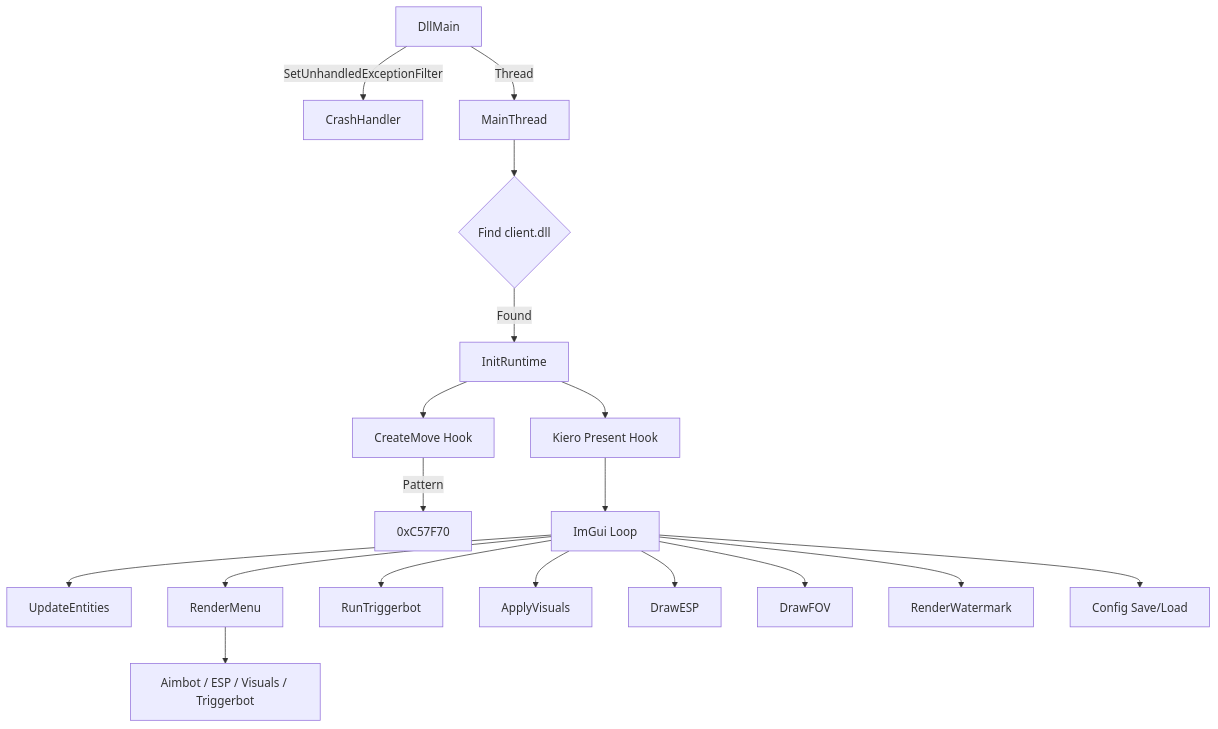
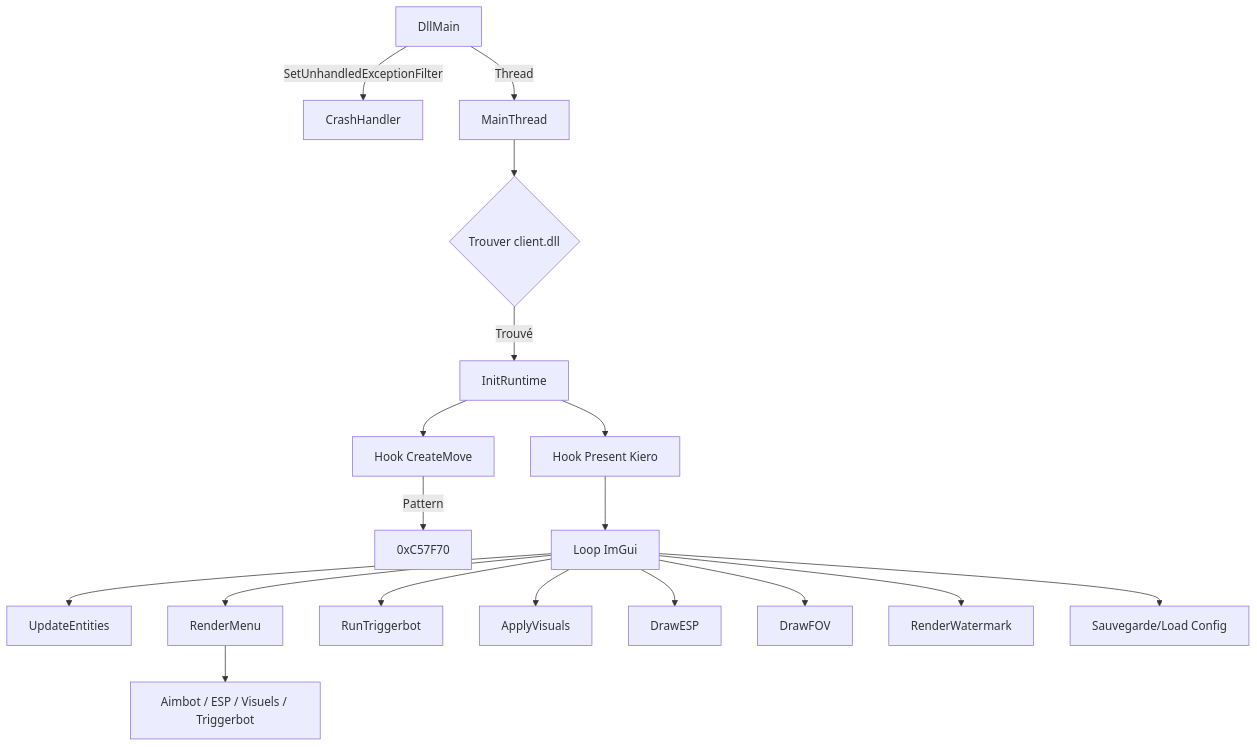
Before and after one commit to Code9914/cs2-internal: the first of 2 diagrams in README.md, drawn with Mermaid. The commit also changed other lines of this file, not shown here.

````diff
--- a/README.md
+++ b/README.md
@@ -14,20 +14,20 @@
 ```mermaid
 graph TD
     A[DllMain] -->|SetUnhandledExceptionFilter| B[CrashHandler]
     A -->|Thread| C[MainThread]
-    C --> D{Find client.dll}
-    D -->|Found| E[InitRuntime]
-    E --> F[Kiero Present Hook]
-    E --> G[CreateMove Hook]
+    C --> D{Trouver client.dll}
+    D -->|Trouvé| E[InitRuntime]
+    E --> F[Hook Present Kiero]
+    E --> G[Hook CreateMove]
     G -->|Pattern| H[0xC57F70]
-    F --> I[ImGui Loop]
+    F --> I[Loop ImGui]
     I --> J[UpdateEntities]
     I --> K[RenderMenu]
     I --> L[RunTriggerbot]
     I --> M[ApplyVisuals]
     I --> N[DrawESP]
     I --> O[DrawFOV]
     I --> P[RenderWatermark]
-    K --> Q[Aimbot / ESP / Visuals / Triggerbot]
-    I --> R[Config Save/Load]
+    K --> Q[Aimbot / ESP / Visuels / Triggerbot]
+    I --> R[Sauvegarde/Load Config]
 ```
````
